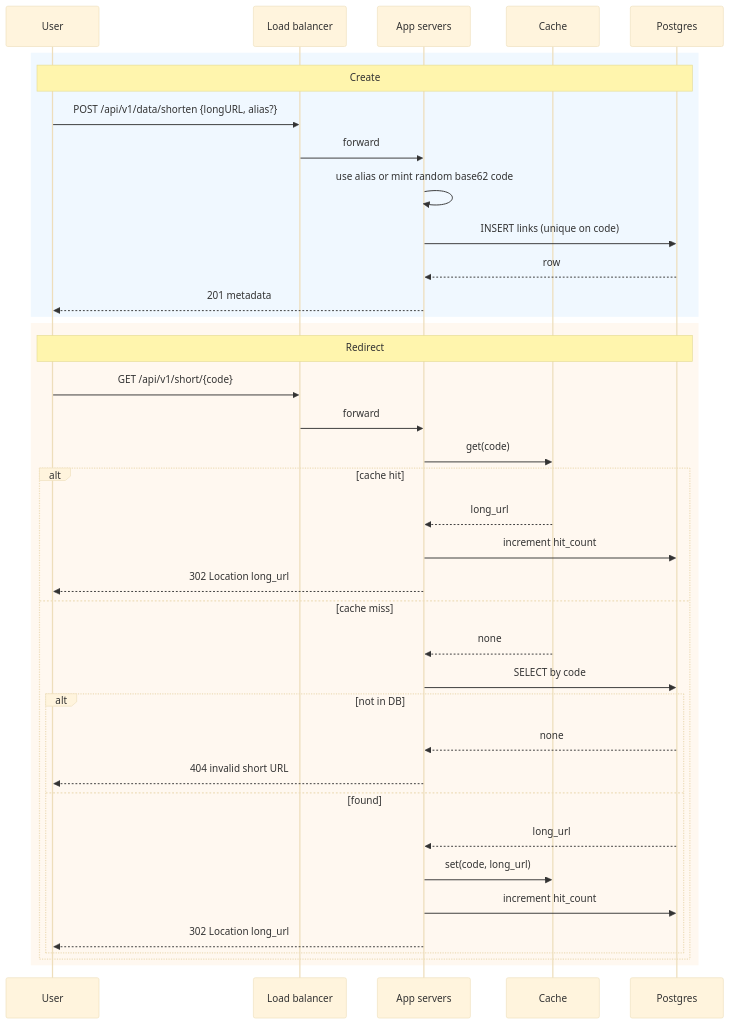
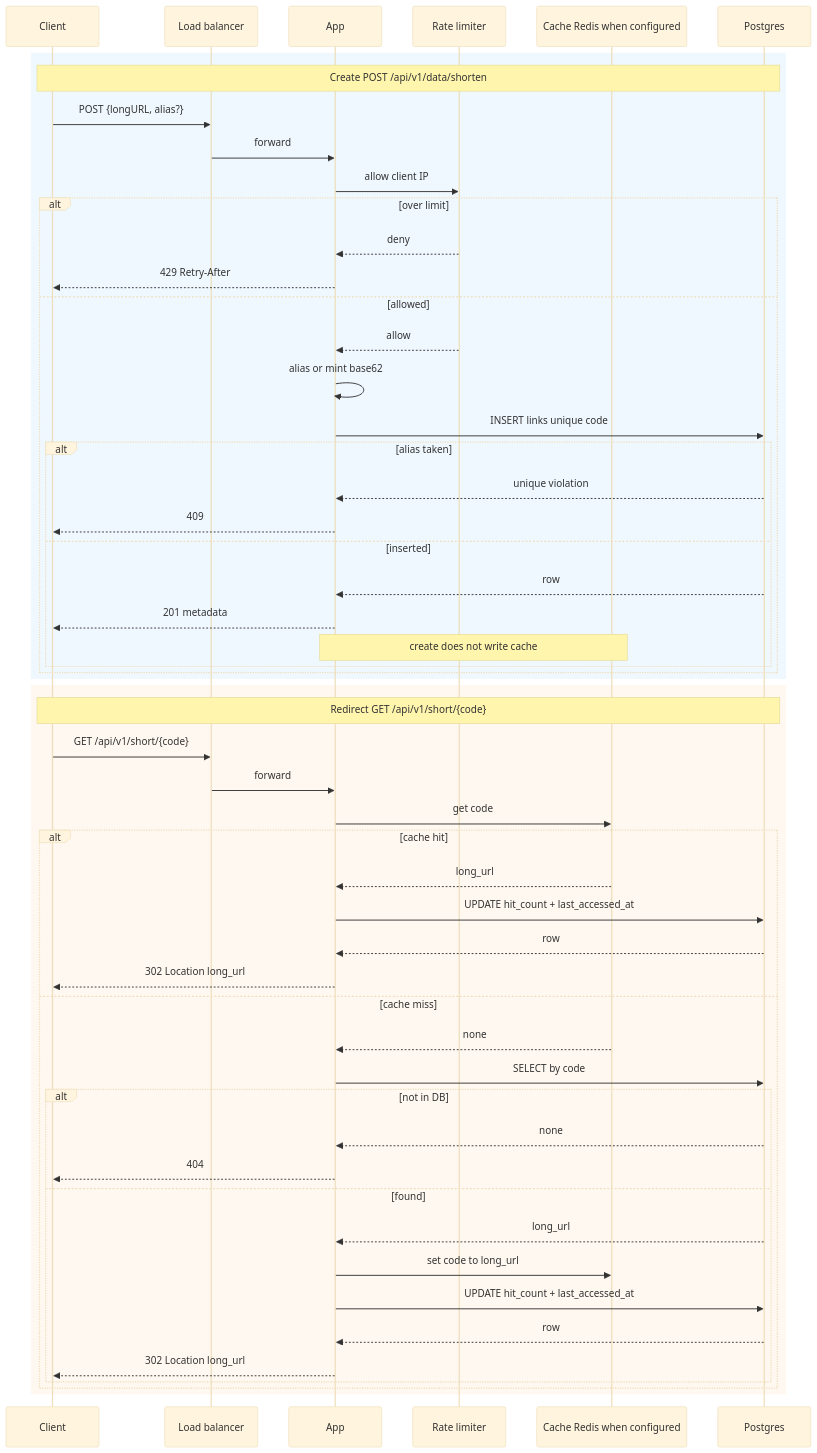
One commit to lagarcess/do-blitz changed the third of 4 diagrams in ARCHITECTURE.md. Above: the diagram before and after it, drawn with Mermaid (base theme). The commit also changed other lines of this file and 1 other file, not shown here.

First line of the commit message:
docs: clear Create vs Redirect architecture diagrams

````diff
--- a/ARCHITECTURE.md
+++ b/ARCHITECTURE.md
@@ -34,42 +57,58 @@
 ```mermaid
 sequenceDiagram
-    participant User
+    participant Client
     participant LB as Load balancer
-    participant App as App servers
-    participant Cache
+    participant App
+    participant RL as Rate limiter
+    participant Cache as Cache Redis when configured
     participant PG as Postgres
 
     rect rgb(240, 248, 255)
-    Note over User,PG: Create
-    User->>LB: POST /api/v1/data/shorten {longURL, alias?}
+    Note over Client,PG: Create POST /api/v1/data/shorten
+    Client->>LB: POST {longURL, alias?}
     LB->>App: forward
-    App->>App: use alias or mint random base62 code
-    App->>PG: INSERT links (unique on code)
-    PG-->>App: row
-    App-->>User: 201 metadata
+    App->>RL: allow client IP
+    alt over limit
+        RL-->>App: deny
+        App-->>Client: 429 Retry-After
+    else allowed
+        RL-->>App: allow
+        App->>App: alias or mint base62
+        App->>PG: INSERT links unique code
+        alt alias taken
+            PG-->>App: unique violation
+            App-->>Client: 409
+        else inserted
+            PG-->>App: row
+            App-->>Client: 201 metadata
+            Note over App,Cache: create does not write cache
+        end
+    end
     end
 
     rect rgb(255, 248, 240)
-    Note over User,PG: Redirect
-    User->>LB: GET /api/v1/short/{code}
+    Note over Client,PG: Redirect GET /api/v1/short/{code}
+    Client->>LB: GET /api/v1/short/{code}
     LB->>App: forward
-    App->>Cache: get(code)
+    App->>Cache: get code
     alt cache hit
         Cache-->>App: long_url
-        App->>PG: increment hit_count
-        App-->>User: 302 Location long_url
+        App->>PG: UPDATE hit_count + last_accessed_at
+        PG-->>App: row
+        App-->>Client: 302 Location long_url
     else cache miss
         Cache-->>App: none
         App->>PG: SELECT by code
         alt not in DB
             PG-->>App: none
-            App-->>User: 404 invalid short URL
+            App-->>Client: 404
         else found
             PG-->>App: long_url
-            App->>Cache: set(code, long_url)
-            App->>PG: increment hit_count
-            App-->>User: 302 Location long_url
+            App->>Cache: set code to long_url
+            App->>PG: UPDATE hit_count + last_accessed_at
+            PG-->>App: row
+            App-->>Client: 302 Location long_url
         end
     end
     end
 ```
````
